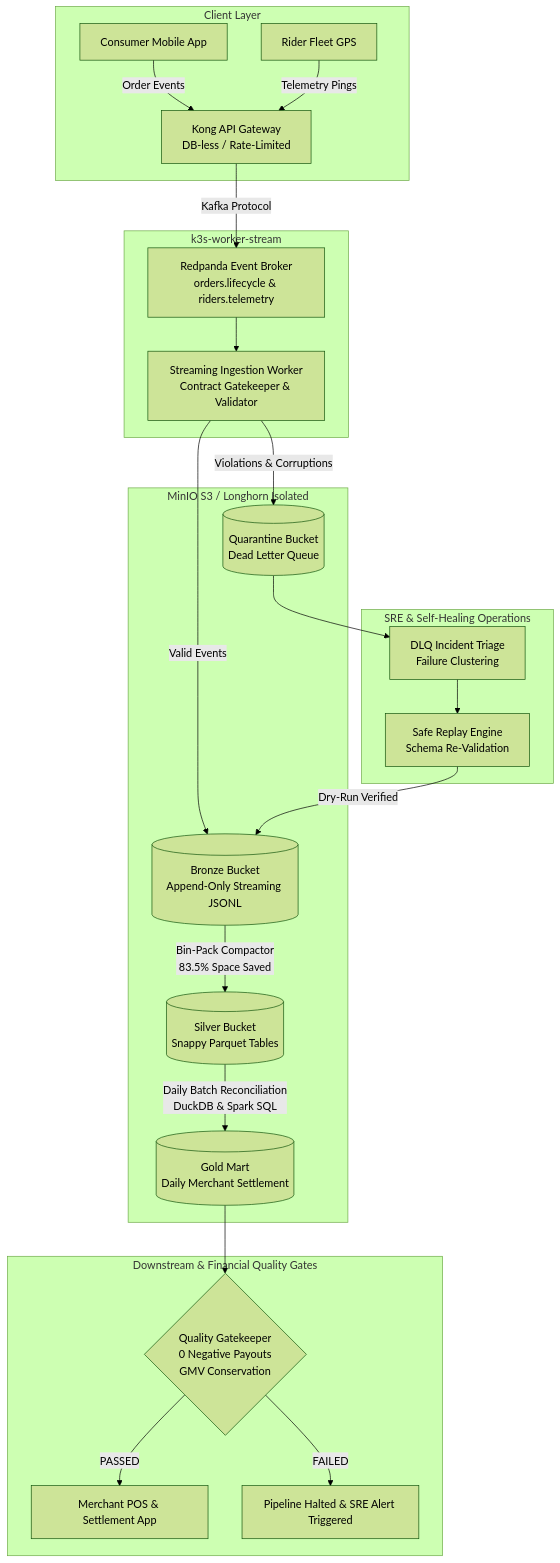
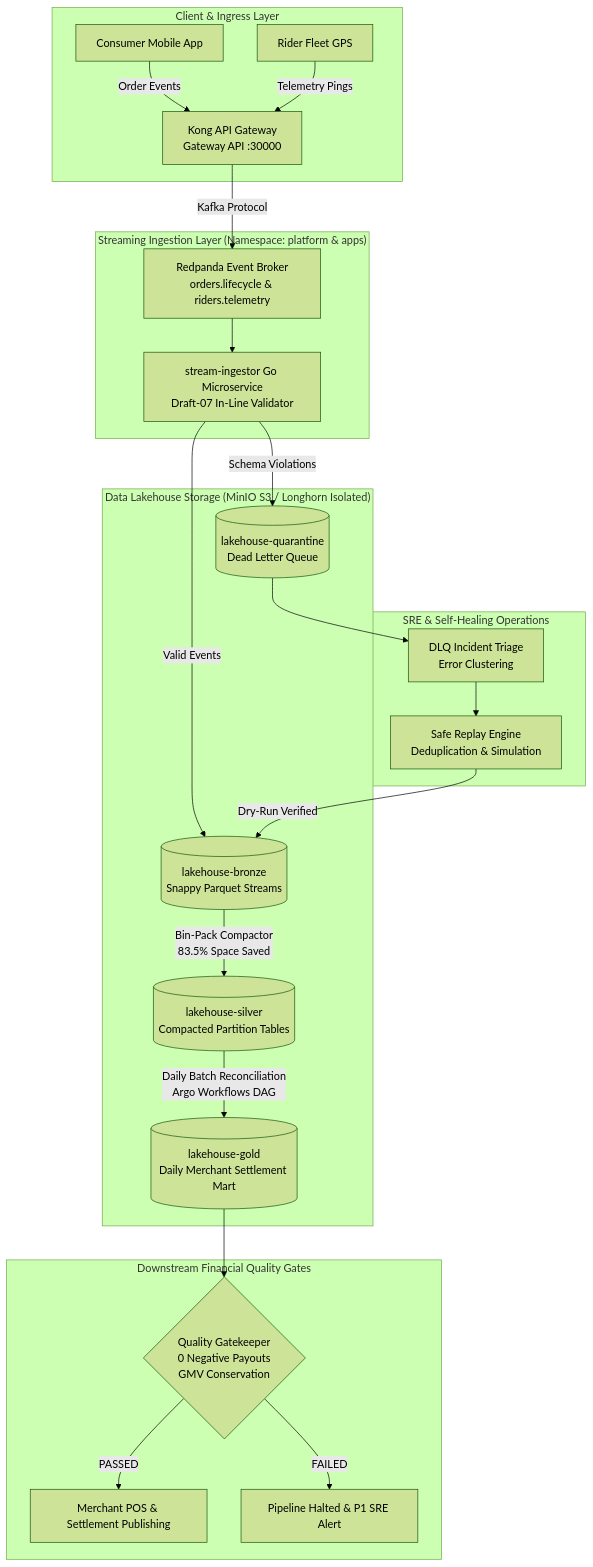
One commit to gxxtrp/CloudNative-DataPlatform changed the diagram in README.md. Above: the diagram before and after it, drawn with Mermaid (forest theme). The commit also changed other lines of this file and 19 other files, not shown here.

Commit message:
docs: add comprehensive documentation for data contracts, operations, infrastructure, and domain-specific workflows.

````diff
--- a/README.md
+++ b/README.md
@@ -34,33 +17,33 @@
 ```mermaid
 flowchart TD
-    subgraph Client Layer
-        A1[Consumer Mobile App] -->|Order Events| KONG[Kong API Gateway<br/>DB-less / Rate-Limited]
+    subgraph ClientLayer["Client & Ingress Layer"]
+        A1[Consumer Mobile App] -->|Order Events| KONG[Kong API Gateway<br/>Gateway API :30000]
         A2[Rider Fleet GPS] -->|Telemetry Pings| KONG
     end
 
-    subgraph Streaming Ingestion Layer [k3s-worker-stream]
+    subgraph StreamingLayer["Streaming Ingestion Layer (Namespace: platform & apps)"]
         KONG -->|Kafka Protocol| RP[Redpanda Event Broker<br/>orders.lifecycle & riders.telemetry]
-        RP --> WORKER[Streaming Ingestion Worker<br/>Contract Gatekeeper & Validator]
+        RP --> INGEST[stream-ingestor Go Microservice<br/>Draft-07 In-Line Validator]
     end
 
-    subgraph Data Lakehouse Storage [MinIO S3 / Longhorn Isolated]
-        WORKER -->|Valid Events| BRONZE[(Bronze Bucket<br/>Append-Only Streaming JSONL)]
-        WORKER -->|Violations & Corruptions| DLQ[(Quarantine Bucket<br/>Dead Letter Queue)]
+    subgraph Lakehouse["Data Lakehouse Storage (MinIO S3 / Longhorn Isolated)"]
+        INGEST -->|Valid Events| BRONZE[(lakehouse-bronze<br/>Snappy Parquet Streams)]
+        INGEST -->|Schema Violations| DLQ[(lakehouse-quarantine<br/>Dead Letter Queue)]
         
-        BRONZE -->|Bin-Pack Compactor<br/>83.5% Space Saved| SILVER[(Silver Bucket<br/>Snappy Parquet Tables)]
+        BRONZE -->|Bin-Pack Compactor<br/>83.5% Space Saved| SILVER[(lakehouse-silver<br/>Compacted Partition Tables)]
         
-        SILVER -->|Daily Batch Reconciliation<br/>DuckDB & Spark SQL| GOLD[(Gold Mart<br/>Daily Merchant Settlement)]
+        SILVER -->|Daily Batch Reconciliation<br/>Argo Workflows DAG| GOLD[(lakehouse-gold<br/>Daily Merchant Settlement Mart)]
     end
 
-    subgraph SRE & Self-Healing Operations
-        DLQ --> TRIAGE[DLQ Incident Triage<br/>Failure Clustering]
-        TRIAGE --> REPLAY[Safe Replay Engine<br/>Schema Re-Validation]
+    subgraph SREOps["SRE & Self-Healing Operations"]
+        DLQ --> TRIAGE[DLQ Incident Triage<br/>Error Clustering]
+        TRIAGE --> REPLAY[Safe Replay Engine<br/>Deduplication & Simulation]
         REPLAY -->|Dry-Run Verified| BRONZE
     end
 
-    subgraph Downstream & Financial Quality Gates
+    subgraph Gates["Downstream Financial Quality Gates"]
         GOLD --> GATES{Quality Gatekeeper<br/>0 Negative Payouts<br/>GMV Conservation}
-        GATES -->|PASSED| POS[Merchant POS & Settlement App]
-        GATES -->|FAILED| HALT[Pipeline Halted & SRE Alert Triggered]
+        GATES -->|PASSED| POS[Merchant POS & Settlement Publishing]
+        GATES -->|FAILED| HALT[Pipeline Halted & P1 SRE Alert]
     end
 ```
````
